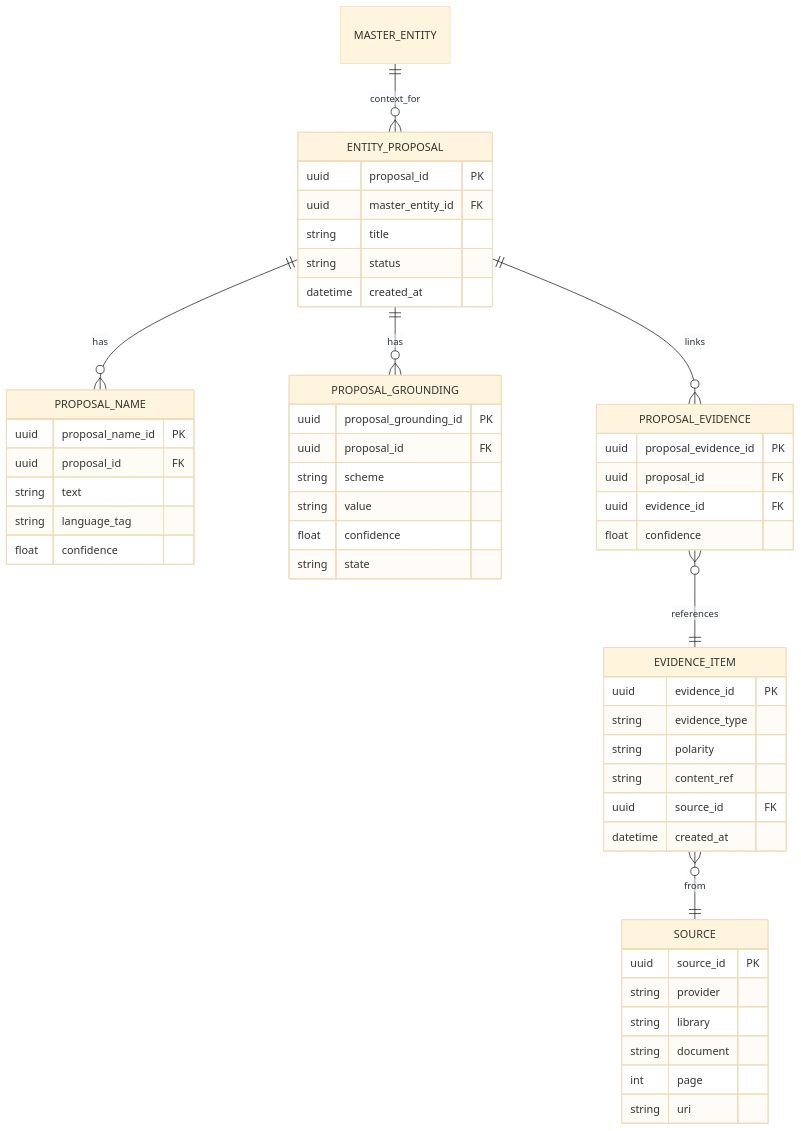
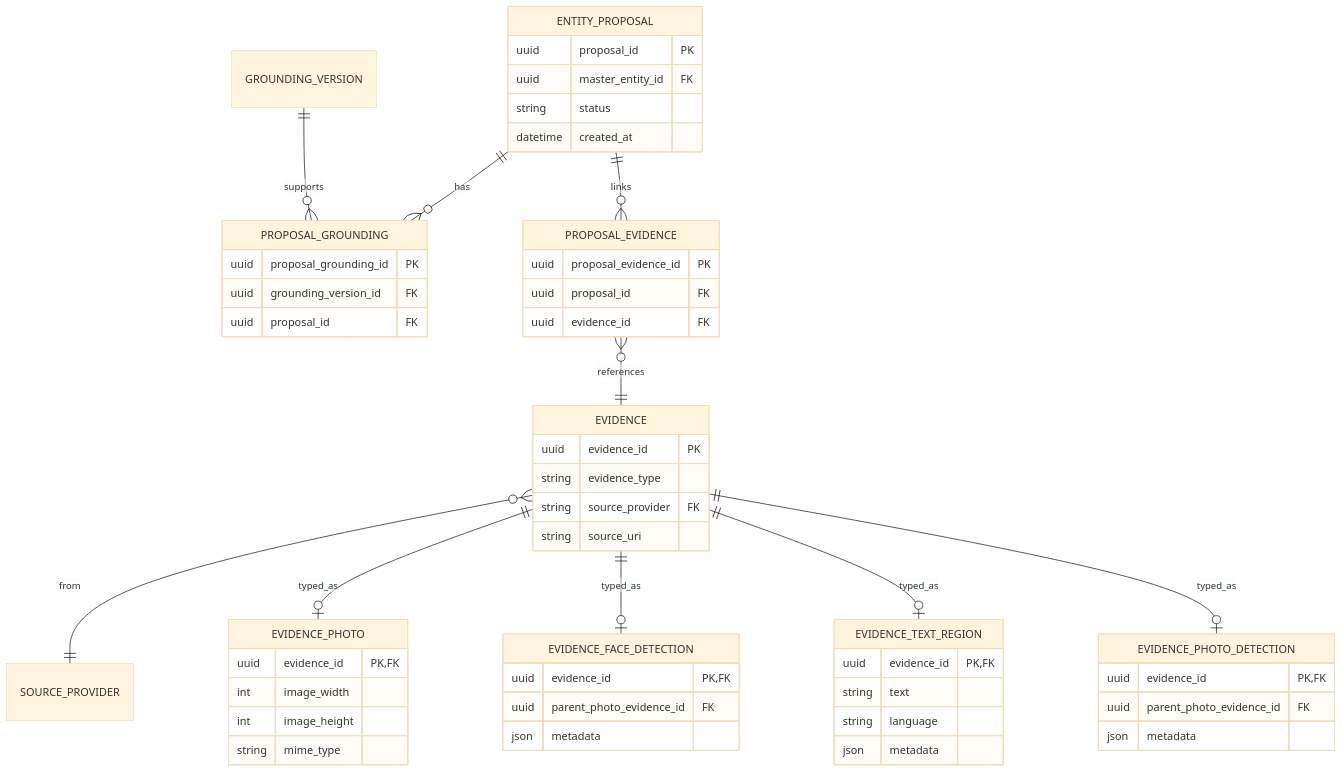
The second of 4 diagrams in people-gator-api/docs/02-entity-relations.md (DCGM/PeopleGatorApp), drawn with Mermaid (base theme) before and after one commit. The commit also changed other lines of this file, not shown here.

Commit message:
Update er schemas to a satisfaction level.

````diff
--- a/people-gator-api/docs/02-entity-relations.md
+++ b/people-gator-api/docs/02-entity-relations.md
@@ -76,59 +87,66 @@
 ```mermaid
 erDiagram
-      MASTER_ENTITY ||--o{ ENTITY_PROPOSAL : context_for
-      ENTITY_PROPOSAL ||--o{ PROPOSAL_NAME : has
       ENTITY_PROPOSAL ||--o{ PROPOSAL_GROUNDING : has
+      GROUNDING_VERSION ||--o{ PROPOSAL_GROUNDING : supports
       ENTITY_PROPOSAL ||--o{ PROPOSAL_EVIDENCE : links
-      PROPOSAL_EVIDENCE }o--|| EVIDENCE_ITEM : references
-      EVIDENCE_ITEM }o--|| SOURCE : from
+      PROPOSAL_EVIDENCE }o--|| EVIDENCE : references
+      EVIDENCE }o--|| SOURCE_PROVIDER : from
+
+      EVIDENCE ||--o| EVIDENCE_PHOTO : typed_as
+      EVIDENCE ||--o| EVIDENCE_FACE_DETECTION : typed_as
+      EVIDENCE ||--o| EVIDENCE_TEXT_REGION : typed_as
+      EVIDENCE ||--o| EVIDENCE_PHOTO_DETECTION : typed_as
+
 
       ENTITY_PROPOSAL {
          uuid proposal_id PK
          uuid master_entity_id FK
-         string title
          string status
          datetime created_at
       }
-
-      PROPOSAL_NAME {
-         uuid proposal_name_id PK
-         uuid proposal_id FK
-         string text
-         string language_tag
-         float confidence
-      }
-
+      
       PROPOSAL_GROUNDING {
          uuid proposal_grounding_id PK
+         uuid grounding_version_id FK
          uuid proposal_id FK
-         string scheme
-         string value
-         float confidence
-         string state
-      }
-
-      EVIDENCE_ITEM {
-         uuid evidence_id PK
-         string evidence_type
-         string polarity
-         string content_ref
-         uuid source_id FK
-         datetime created_at
       }
 
       PROPOSAL_EVIDENCE {
          uuid proposal_evidence_id PK
          uuid proposal_id FK
          uuid evidence_id FK
-         float confidence
+      }
+      
+      EVIDENCE {
+         uuid evidence_id PK
+         string evidence_type
+         string source_provider FK
+         string source_uri
       }
 
-      SOURCE {
-         uuid source_id PK
-         string provider
-         string library
-         string document
-         int page
-         string uri
+      EVIDENCE_PHOTO {
+         uuid evidence_id PK, FK
+         int image_width
+         int image_height
+         string mime_type
+      }
+
+      EVIDENCE_FACE_DETECTION {
+         uuid evidence_id PK, FK
+         uuid parent_photo_evidence_id FK
+         json metadata
+      }
+
+      EVIDENCE_PHOTO_DETECTION {
+         uuid evidence_id PK, FK
+         uuid parent_photo_evidence_id FK
+         json metadata
+      }
+      
+      EVIDENCE_TEXT_REGION {
+         uuid evidence_id PK, FK
+         string text
+         string language
+         json metadata
       }
 ```
````
